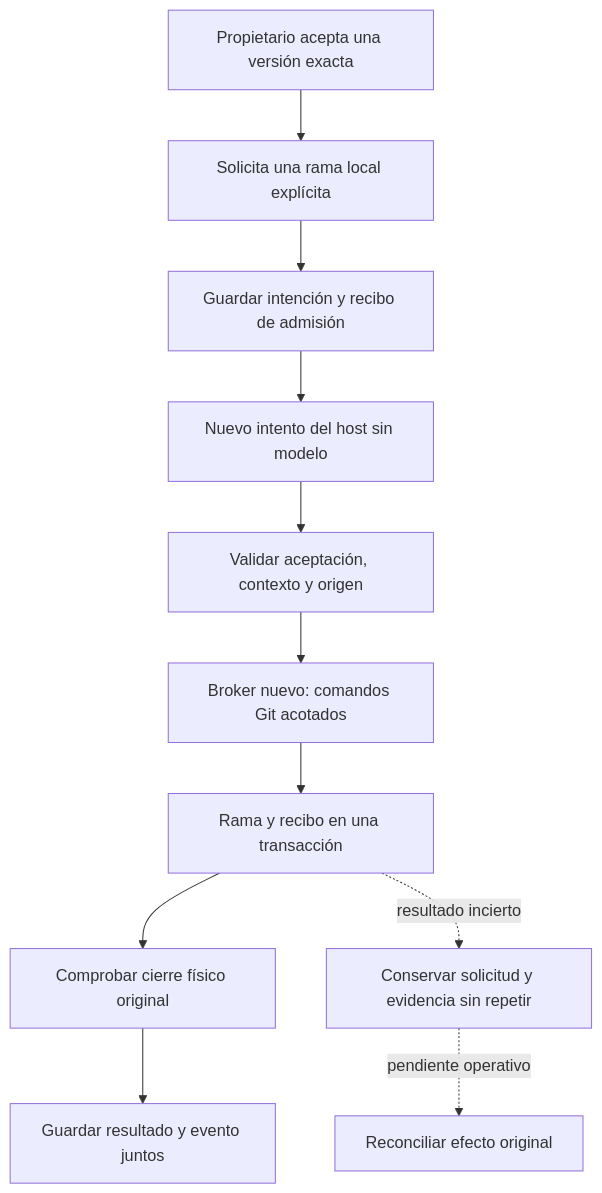
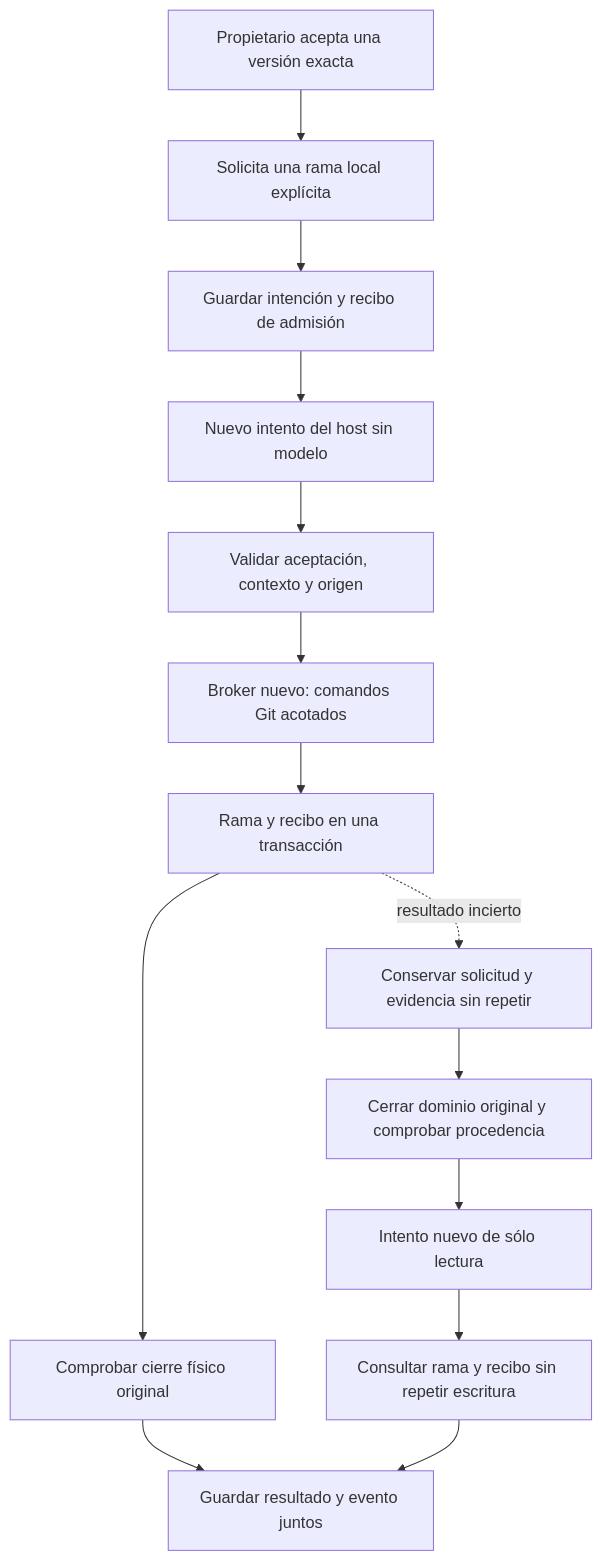
One commit to Infinibay/researcher changed the diagram in docs/architecture/code-publication.md. Above: the diagram before and after it, drawn with Mermaid. The commit also changed other lines of this file and 39 other files, not shown here.

````diff
--- a/docs/architecture/code-publication.md
+++ b/docs/architecture/code-publication.md
@@ -39,13 +39,16 @@
 ```mermaid
 flowchart TD
     A[Propietario acepta una versión exacta] --> B[Solicita una rama local explícita]
     B --> C[Guardar intención y recibo de admisión]
     C --> D[Nuevo intento del host sin modelo]
     D --> E[Validar aceptación, contexto y origen]
     E --> F[Broker nuevo: comandos Git acotados]
     F --> G[Rama y recibo en una transacción]
     G --> H[Comprobar cierre físico original]
     H --> I[Guardar resultado y evento juntos]
     G -. resultado incierto .-> J[Conservar solicitud y evidencia sin repetir]
-    J -. pendiente operativo .-> K[Reconciliar efecto original]
+    J --> K[Cerrar dominio original y comprobar procedencia]
+    K --> L[Intento nuevo de sólo lectura]
+    L --> M[Consultar rama y recibo sin repetir escritura]
+    M --> I
 ```
````
